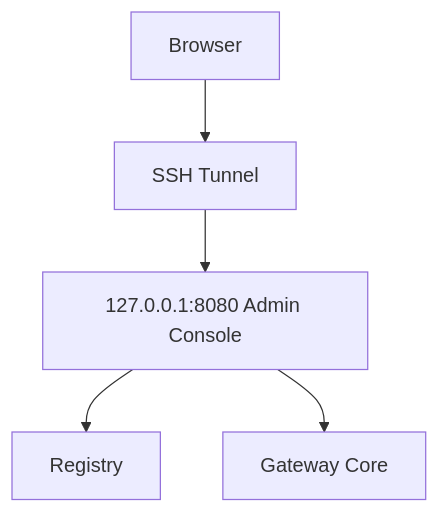
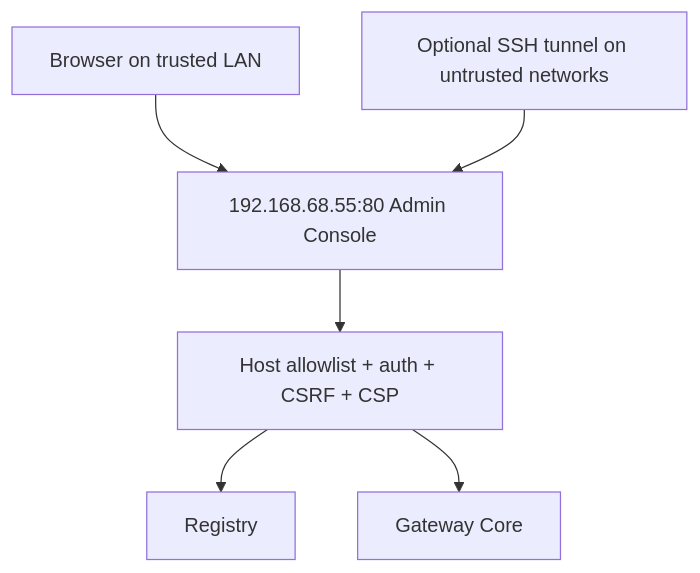
Before and after one commit to yorologo/Local-miniMCP: the fifth of 12 diagrams in README.md, drawn with Mermaid. The commit also changed other lines of this file and 61 other files, not shown here.

````diff
--- a/README.md
+++ b/README.md
@@ -287,7 +319,8 @@
 ```mermaid
 flowchart TD
-    BROWSER[Browser] --> TUNNEL[SSH Tunnel]
-    TUNNEL --> ADMIN[127.0.0.1:8080 Admin Console]
-    ADMIN --> REG[Registry]
-    ADMIN --> CORE[Gateway Core]
+    BROWSER[Browser on trusted LAN] --> ADMIN[192.168.68.55:80 Admin Console]
+    ADMIN --> HOST[Host allowlist + auth + CSRF + CSP]
+    HOST --> REG[Registry]
+    HOST --> CORE[Gateway Core]
+    OPTIONAL[Optional SSH tunnel on untrusted networks] --> ADMIN
 ```
````
